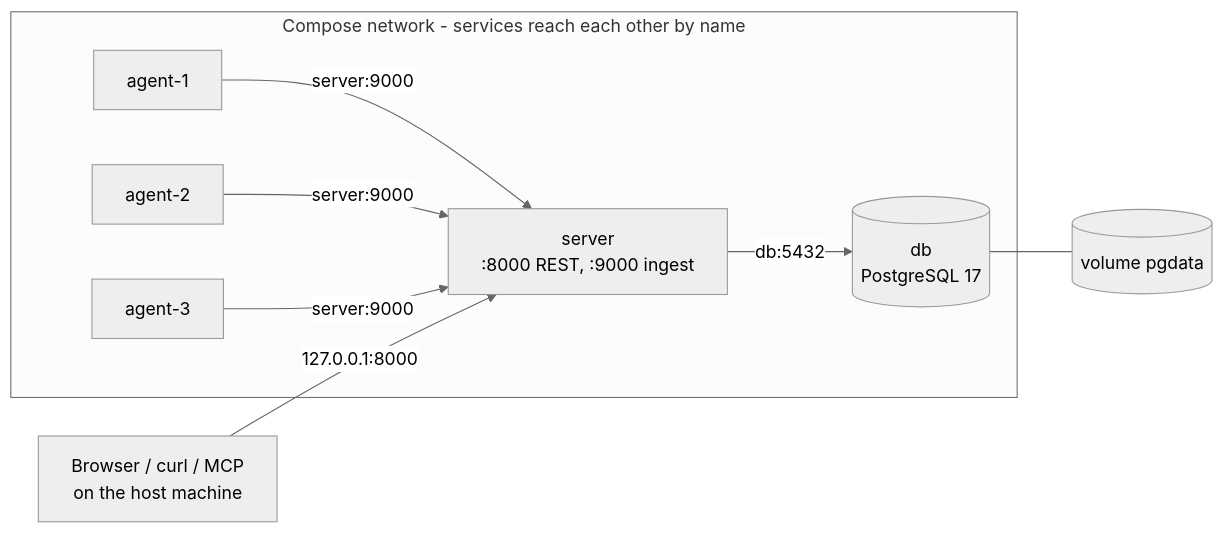
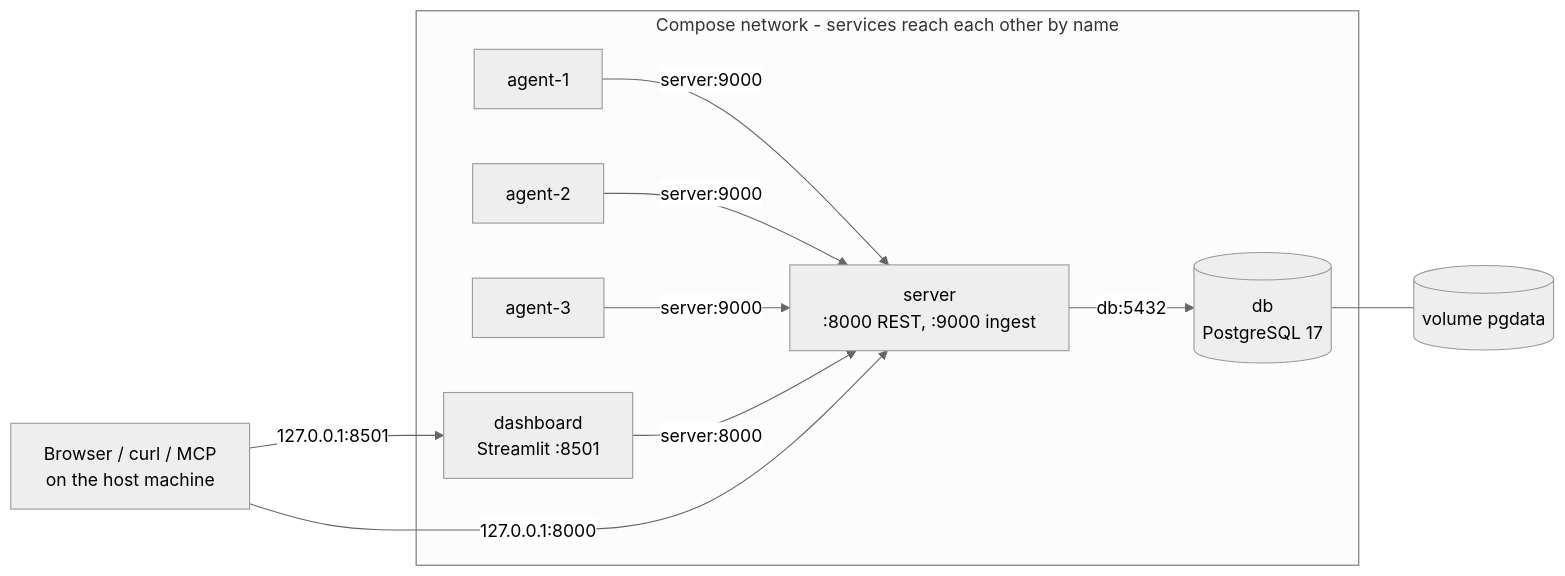
Before and after one commit to shuvat/syspulse: the fifth of 7 diagrams in docs/architecture.md, drawn with Mermaid (neutral theme). The commit also changed other lines of this file and 14 other files, not shown here.

Commit message:
Add Streamlit dashboard with tests, compose service and CI job

````diff
--- a/docs/architecture.md
+++ b/docs/architecture.md
@@ -271,19 +272,22 @@
 ```mermaid
 flowchart LR
     USER[Browser / curl / MCP<br/>on the host machine]
 
     subgraph net[Compose network - services reach each other by name]
         A1[agent-1]
         A2[agent-2]
         A3[agent-3]
         SRV[server<br/>:8000 REST, :9000 ingest]
         DB[(db<br/>PostgreSQL 17)]
+        DASH[dashboard<br/>Streamlit :8501]
     end
 
     VOL[(volume pgdata)]
 
     A1 & A2 & A3 -- "server:9000" --> SRV
     SRV -- "db:5432" --> DB
     DB --- VOL
+    DASH -- "server:8000" --> SRV
     USER -- "127.0.0.1:8000" --> SRV
+    USER -- "127.0.0.1:8501" --> DASH
 ```
````
